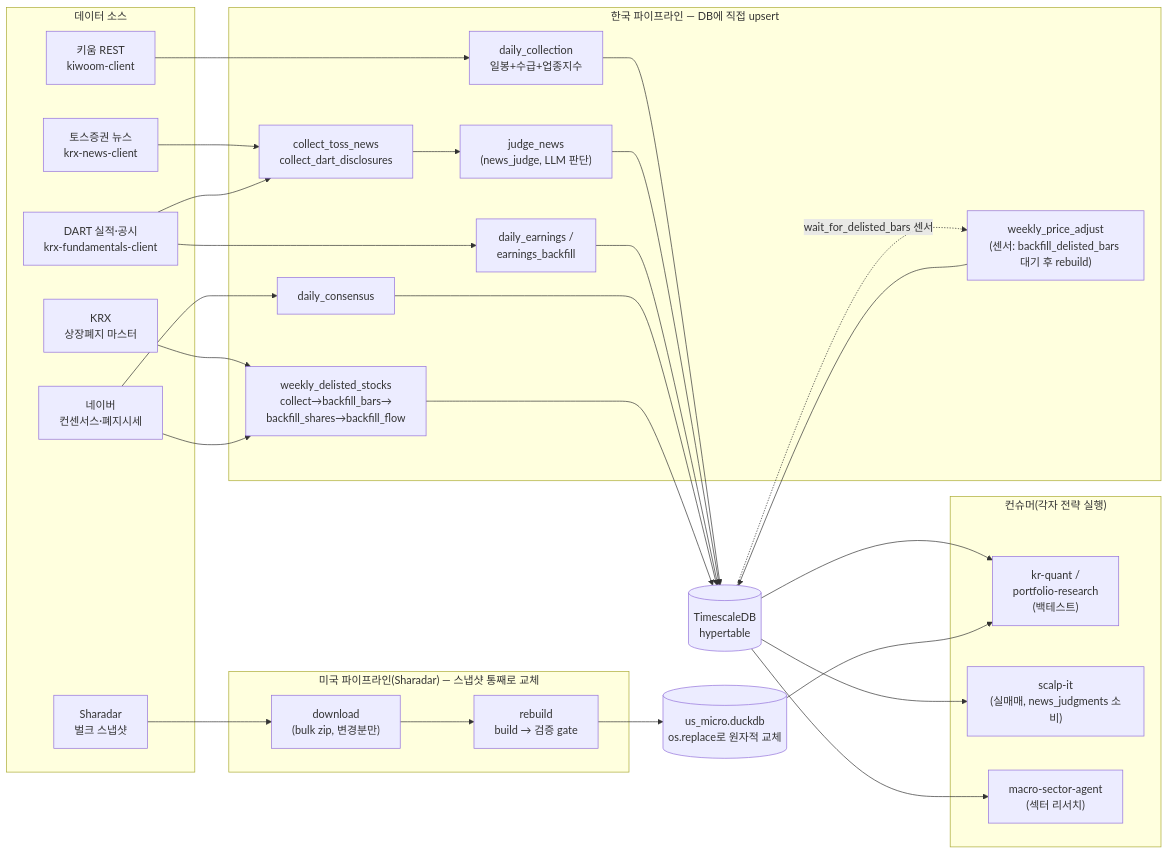
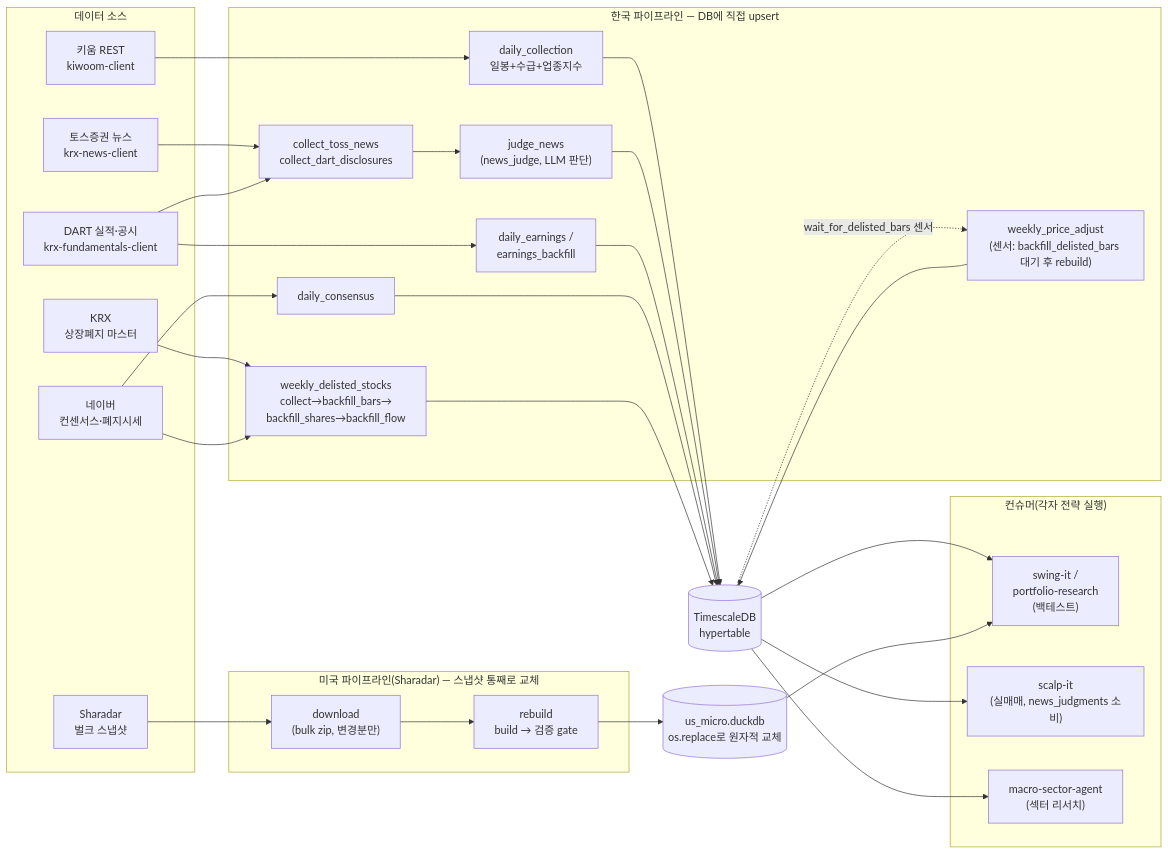
The diagram in README.md (younghwan91/quant-airflow), drawn with Mermaid before and after one commit. The commit also changed other lines of this file, not shown here.

Commit message:
docs(readme): update consumer links to swing-it, remove obsolete trader notes, and add star callout

````diff
--- a/README.md
+++ b/README.md
@@ -122,50 +105,50 @@
 ```mermaid
 flowchart LR
     subgraph SRC["데이터 소스"]
         KIWOOM["키움 REST<br/>kiwoom-client"]
         DART["DART 실적·공시<br/>krx-fundamentals-client"]
         KRXM["KRX<br/>상장폐지 마스터"]
         NAVER["네이버<br/>컨센서스·폐지시세"]
         TOSS["토스증권 뉴스<br/>krx-news-client"]
         SHARADAR["Sharadar<br/>벌크 스냅샷"]
     end
 
     subgraph KR["한국 파이프라인 — DB에 직접 upsert"]
         COL["daily_collection<br/>일봉+수급+업종지수"]
         NEWSCOL["collect_toss_news<br/>collect_dart_disclosures"]
         JUDGE["judge_news<br/>(news_judge, LLM 판단)"]
         EARN["daily_earnings /<br/>earnings_backfill"]
         CONS["daily_consensus"]
         DELIST["weekly_delisted_stocks<br/>collect→backfill_bars→<br/>backfill_shares→backfill_flow"]
         ADJ["weekly_price_adjust<br/>(센서: backfill_delisted_bars 대기 후 rebuild)"]
     end
 
     subgraph US["미국 파이프라인(Sharadar) — 스냅샷 통째로 교체"]
         DL["download<br/>(bulk zip, 변경분만)"]
         BUILD["rebuild<br/>build → 검증 gate"]
     end
 
     TS[("TimescaleDB<br/>hypertable")]
     DUCK[("us_micro.duckdb<br/>os.replace로 원자적 교체")]
 
     KIWOOM --> COL --> TS
     TOSS --> NEWSCOL
     DART --> NEWSCOL
     NEWSCOL --> JUDGE --> TS
     DART --> EARN --> TS
     NAVER --> CONS --> TS
     KRXM --> DELIST
     NAVER --> DELIST
     DELIST --> TS
     TS -. "wait_for_delisted_bars 센서" .-> ADJ --> TS
     SHARADAR --> DL --> BUILD --> DUCK
 
     subgraph CONSUMER["컨슈머(각자 전략 실행)"]
-        KRQ["kr-quant /<br/>portfolio-research<br/>(백테스트)"]
+        SW["swing-it /<br/>portfolio-research<br/>(백테스트)"]
         SCALP["scalp-it<br/>(실매매, news_judgments 소비)"]
         MACRO["macro-sector-agent<br/>(섹터 리서치)"]
     end
 
-    TS --> KRQ & SCALP & MACRO
-    DUCK --> KRQ
+    TS --> SW & SCALP & MACRO
+    DUCK --> SW
 ```
````
